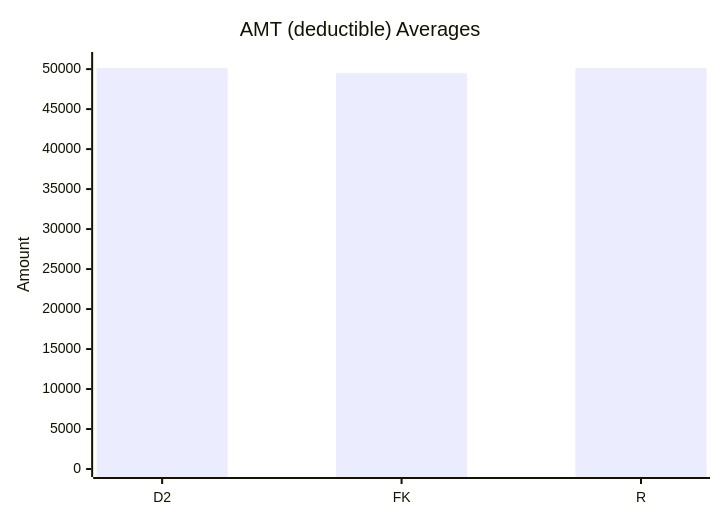
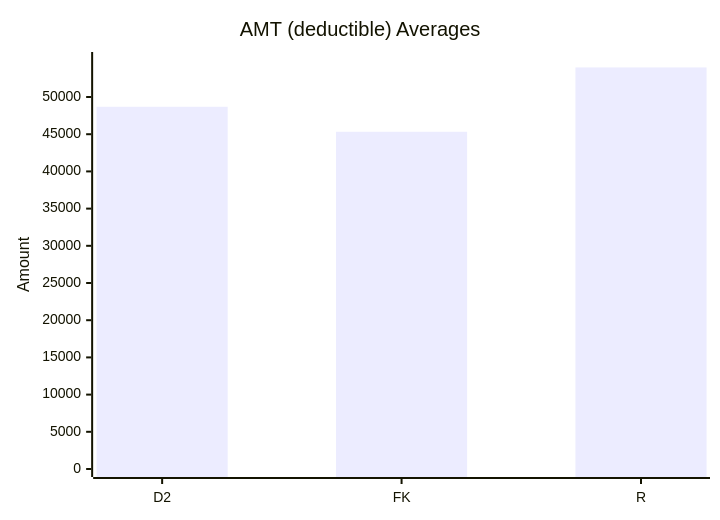
The ninth of 10 diagrams in test-tools/DataGen/src/Statistics_Visualizer.md (dhagan-va/intern-2025), drawn with Mermaid before and after one commit. The commit also changed other lines of this file and 3 other files, not shown here.

````diff
--- a/test-tools/DataGen/src/Statistics_Visualizer.md
+++ b/test-tools/DataGen/src/Statistics_Visualizer.md
@@ -97,7 +97,7 @@
 ```mermaid
 xychart-beta
     title "AMT (deductible) Averages"
     x-axis ["D2", "FK", "R"]
-    y-axis "Amount" 0 --> 51139.12116883119
-    bar [50127.27085914086, 49487.92207792212, 50139.12116883119]
+    y-axis "Amount" 0 --> 54975.928611111114
+    bar [48691.38861111111, 45329.902500000004, 53975.928611111114]
 ```
````
